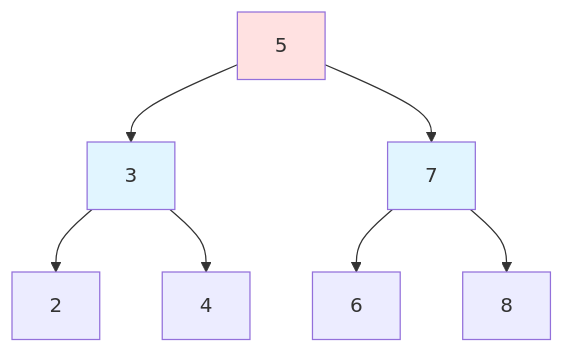
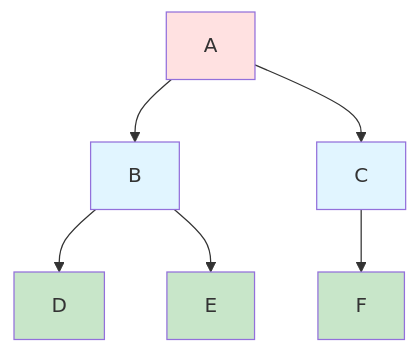
Before and after one commit to nugurejeil/weniVooks: the sixth of 22 diagrams in _md/essentials-codingtest/chapter03/03-4.md, drawn with Mermaid. The commit also changed other lines of this file and 3 other files, not shown here.

````diff
--- a/_md/essentials-codingtest/chapter03/03-4.md
+++ b/_md/essentials-codingtest/chapter03/03-4.md
@@ -219,13 +235,15 @@
 ```mermaid
 graph TD
-    A["5"] --> B["3"]
-    A --> C["7"]
-    B --> D["2"]
-    B --> E["4"]
-    C --> F["6"]
-    C --> G["8"]
+    A[A] --> B[B]
+    A --> C[C]
+    B --> D[D]
+    B --> E[E]
+    C --> F[F]
 
     style A fill:#ffe1e1
     style B fill:#e1f5ff
     style C fill:#e1f5ff
+    style D fill:#c8e6c9
+    style E fill:#c8e6c9
+    style F fill:#c8e6c9
 ```
````
